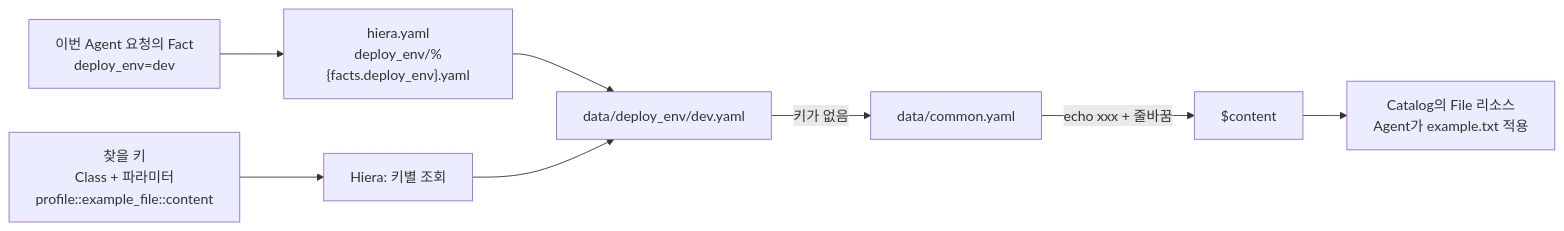
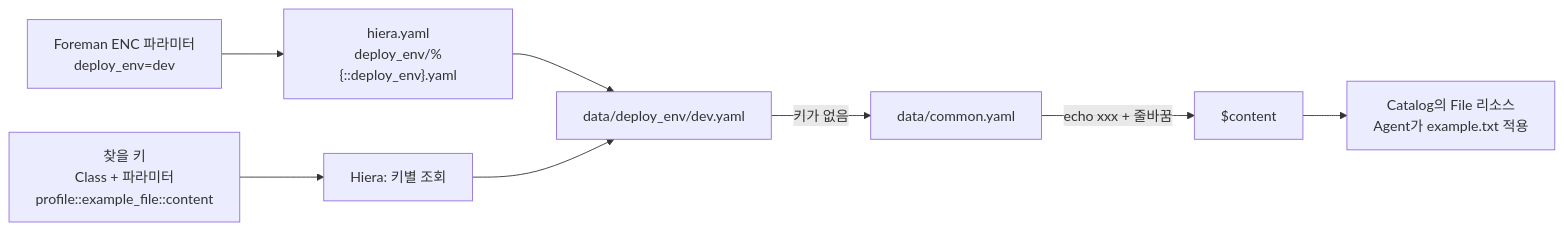
The second of 3 diagrams in foreman-puppet/docs/LOOKUP_AND_REGISTRATION.md (heyoon2j/y2-devops-lab), drawn with Mermaid before and after one commit. The commit also changed other lines of this file and 19 other files, not shown here.

Commit message:
feat(foreman-puppet): manage environment team and DR as Foreman ENC parameters

````diff
--- a/foreman-puppet/docs/LOOKUP_AND_REGISTRATION.md
+++ b/foreman-puppet/docs/LOOKUP_AND_REGISTRATION.md
@@ -156,10 +122,10 @@
 ```mermaid
 flowchart LR
     K["찾을 키\nClass + 파라미터\nprofile::example_file::content"] --> L["Hiera: 키별 조회"]
-    F["이번 Agent 요청의 Fact\ndeploy_env=dev"] --> T["hiera.yaml\ndeploy_env/%{facts.deploy_env}.yaml"]
+    F["Foreman ENC 파라미터\ndeploy_env=dev"] --> T["hiera.yaml\ndeploy_env/%{::deploy_env}.yaml"]
     T --> D["data/deploy_env/dev.yaml"]
     L --> D
     D -->|"키가 없음"| C["data/common.yaml"]
     C -->|"echo xxx + 줄바꿈"| V["$content"]
     V --> O["Catalog의 File 리소스\nAgent가 example.txt 적용"]
 ```
````
